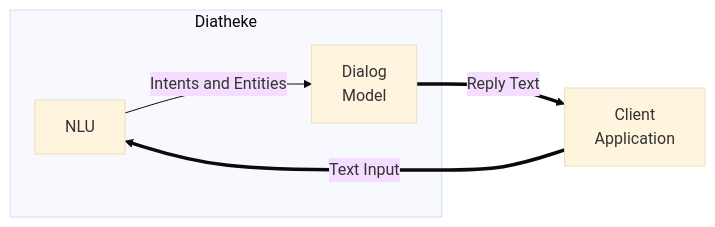
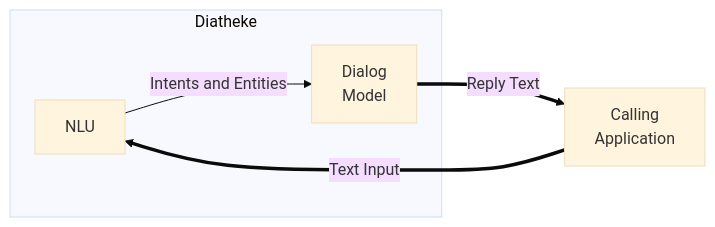
The second of 2 diagrams in docs-src/content/_index.md (cobaltspeech/sdk-diatheke), drawn with Mermaid (base theme) before and after one commit. The commit also changed other lines of this file and 26 other files, not shown here.

```diff
--- a/docs-src/content/_index.md
+++ b/docs-src/content/_index.md
@@ -44,8 +50,8 @@
 {{<mermaid align="center">}}
 graph LR;
     subgraph Diatheke
         A[NLU] -->|Intents and Entities| B[Dialog</br>Model]
     end
-    C[Client</br>Application] ==>|Text Input| A
+    C[Calling</br>Application] ==>|Text Input| A
     B ==>|Reply Text| C
 {{< /mermaid >}}
```
